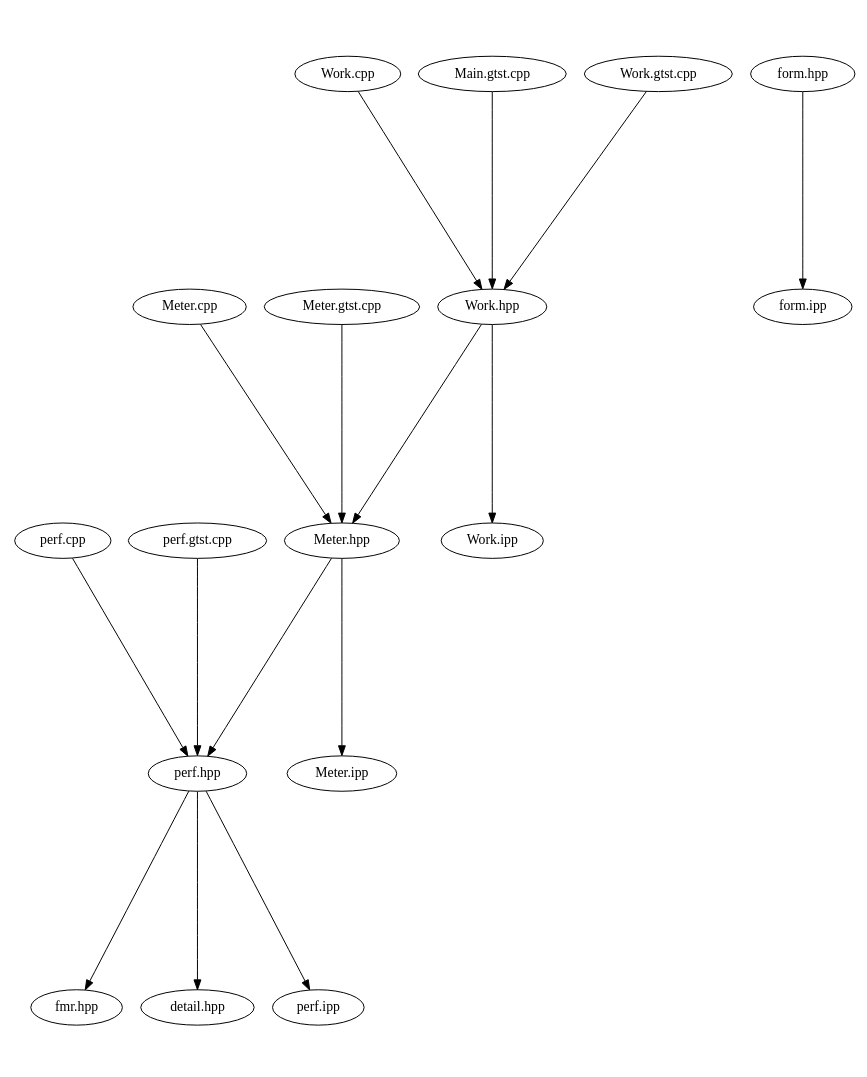
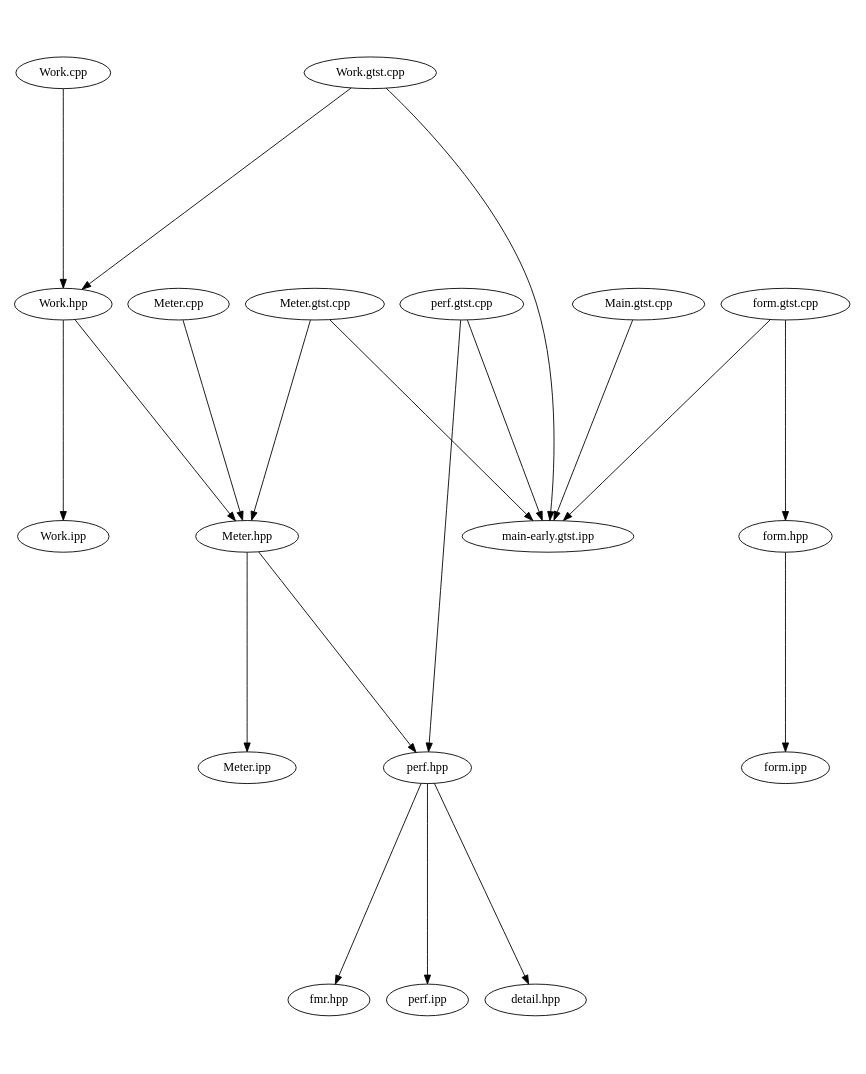
Before and after one commit to waggyz/femera-mini-app: the diagram in src/docs/src.dot, drawn with Graphviz. The commit also changed 10 other files, not shown here.

```diff
--- a/src/docs/src.dot
+++ b/src/docs/src.dot
@@ -1,23 +1,27 @@
 digraph "source tree" {
     overlap=scale;
     size="8,10";
     ratio="fill";
     fontsize="16";
     fontname="Helvetica";
 	clusterrank="local";
 	"Meter.hpp" -> "perf.hpp"
 	"perf.hpp" -> "fmr.hpp"
-	"perf.cpp" -> "perf.hpp"
+	"Main.gtst.cpp" -> "main-early.gtst.ipp"
+	"form.gtst.cpp" -> "form.hpp"
+	"perf.gtst.cpp" -> "main-early.gtst.ipp"
+	"Meter.cpp" -> "Meter.hpp"
+	"Meter.gtst.cpp" -> "main-early.gtst.ipp"
+	"Work.hpp" -> "Work.ipp"
+	"Meter.gtst.cpp" -> "Meter.hpp"
+	"perf.hpp" -> "perf.ipp"
+	"form.hpp" -> "form.ipp"
 	"perf.hpp" -> "detail.hpp"
 	"perf.gtst.cpp" -> "perf.hpp"
 	"Work.hpp" -> "Meter.hpp"
 	"Work.cpp" -> "Work.hpp"
-	"Main.gtst.cpp" -> "Work.hpp"
 	"Work.gtst.cpp" -> "Work.hpp"
-	"Meter.cpp" -> "Meter.hpp"
-	"Work.hpp" -> "Work.ipp"
-	"Meter.gtst.cpp" -> "Meter.hpp"
+	"form.gtst.cpp" -> "main-early.gtst.ipp"
 	"Meter.hpp" -> "Meter.ipp"
-	"perf.hpp" -> "perf.ipp"
-	"form.hpp" -> "form.ipp"
+	"Work.gtst.cpp" -> "main-early.gtst.ipp"
 }
```
